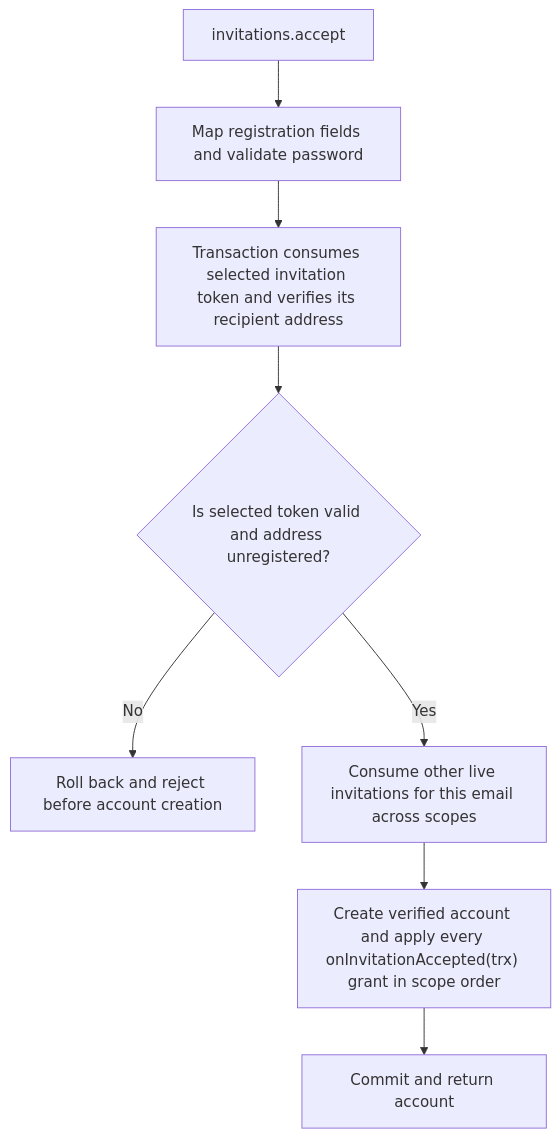
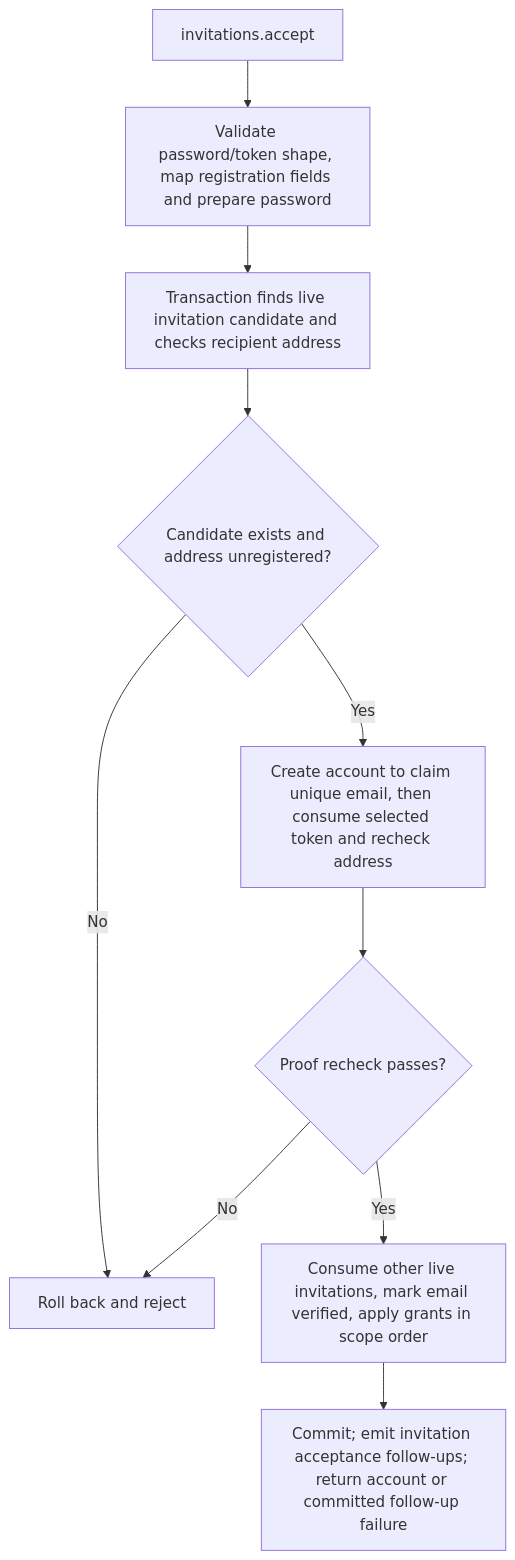
Before and after one commit to Kevinjohn/oss-adonisjs-account-kit: the second of 2 diagrams in user-stories/US-ACCOUNT-09-accept-invitation.md, drawn with Mermaid. The commit also changed 43 other files, not shown here.

````diff
--- a/user-stories/US-ACCOUNT-09-accept-invitation.md
+++ b/user-stories/US-ACCOUNT-09-accept-invitation.md
@@ -33,10 +33,12 @@
 ```mermaid
 flowchart TD
- A["invitations.accept"] --> B["Map registration fields and validate password"]
- B --> C["Transaction consumes selected invitation token and verifies its recipient address"]
- C --> D{"Is selected token valid and address unregistered?"}
- D -->|No| E["Roll back and reject before account creation"]
- D -->|Yes| F["Consume other live invitations for this email across scopes"]
- F --> G["Create verified account and apply every onInvitationAccepted(trx) grant in scope order"]
- G --> H["Commit and return account"]
+ A["invitations.accept"] --> B["Validate password/token shape, map registration fields and prepare password"]
+ B --> C["Transaction finds live invitation candidate and checks recipient address"]
+ C --> D{"Candidate exists and address unregistered?"}
+ D -->|No| E["Roll back and reject"]
+ D -->|Yes| F["Create account to claim unique email, then consume selected token and recheck address"]
+ F --> P{"Proof recheck passes?"}
+ P -->|No| E
+ P -->|Yes| G["Consume other live invitations, mark email verified, apply grants in scope order"]
+ G --> H["Commit; emit invitation acceptance follow-ups; return account or committed follow-up failure"]
 ```
````
